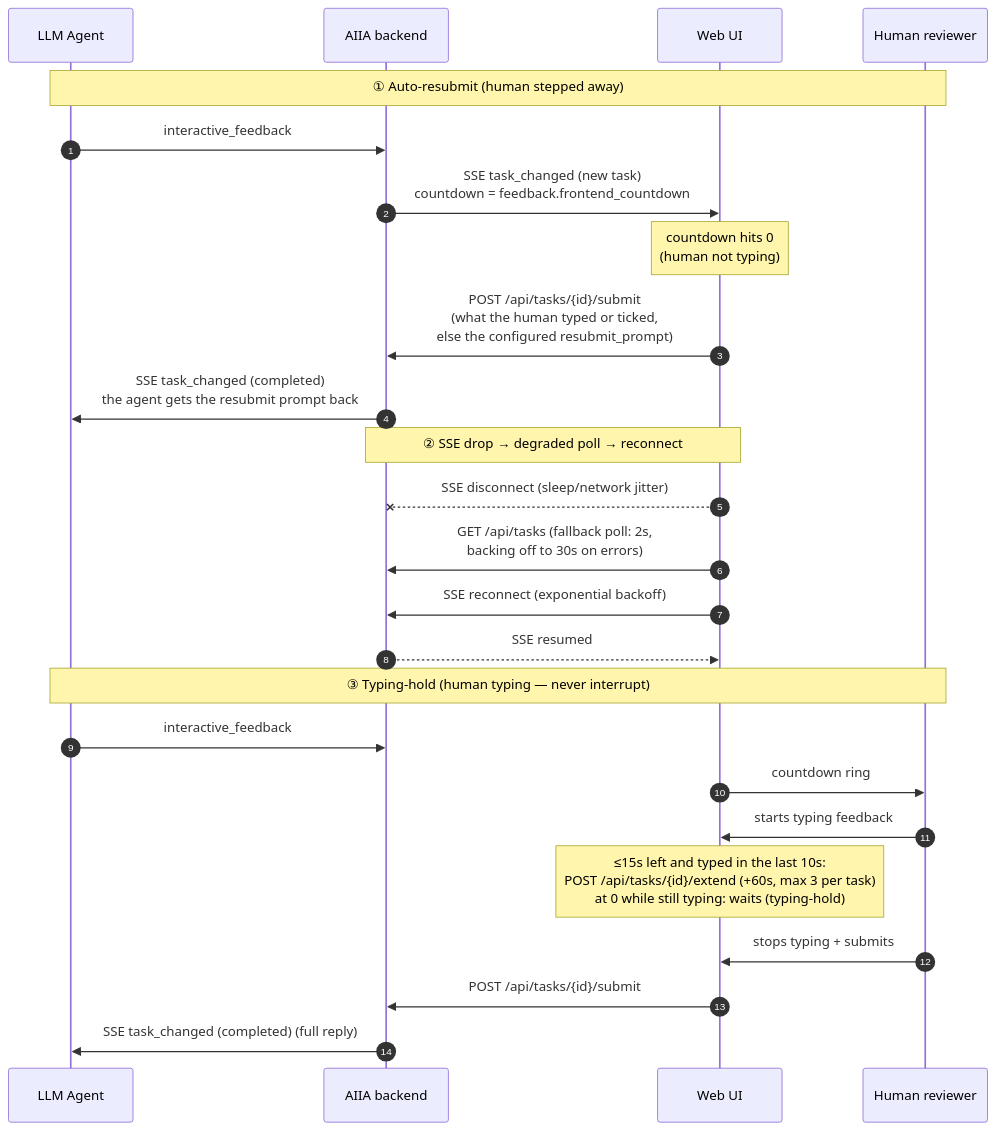
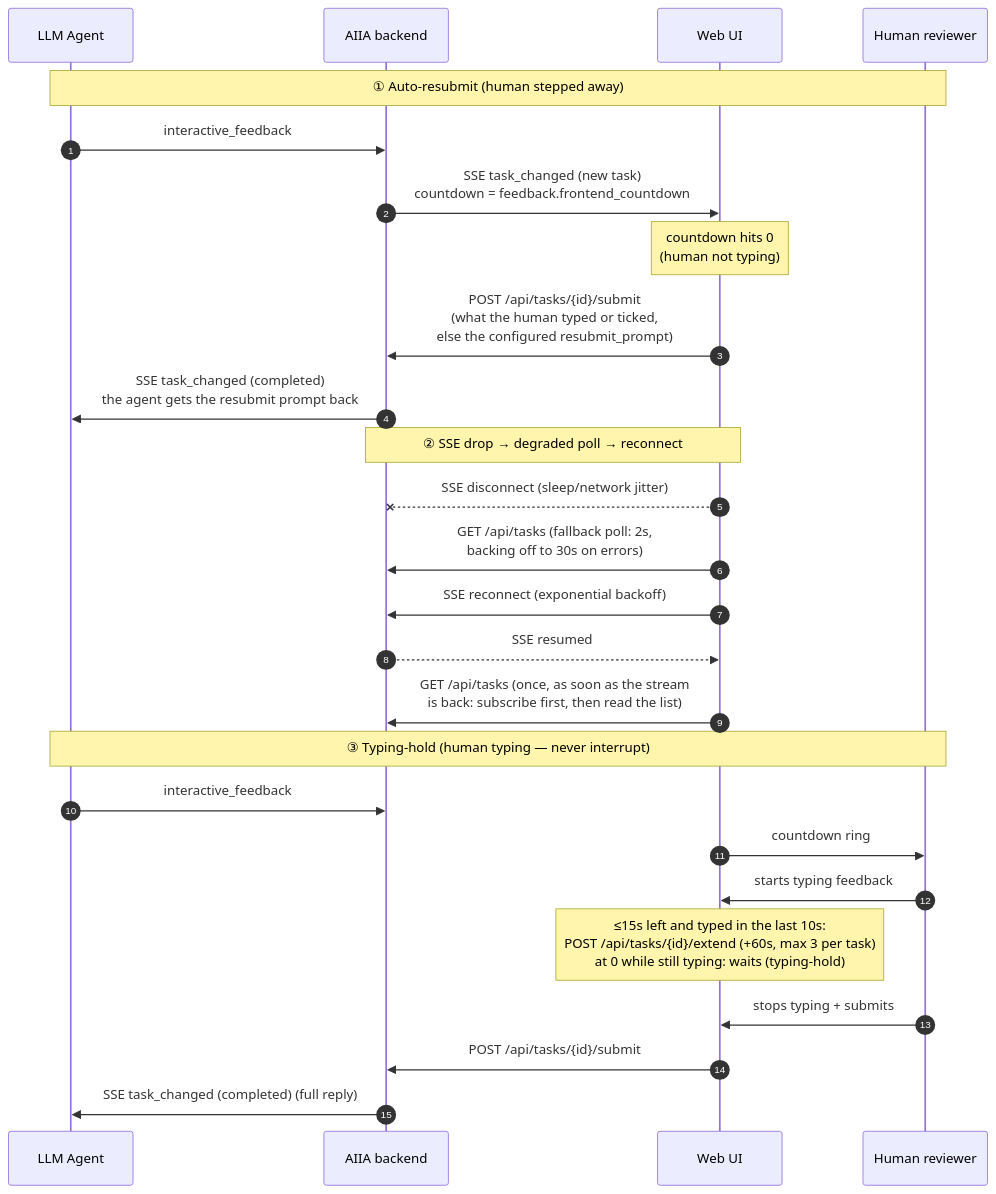
Before and after one commit to XIADENGMA/ai-intervention-agent: the third of 3 diagrams in docs/architecture.md, drawn with Mermaid. The commit also changed 24 other files, not shown here.

First line of the commit message:
:bug: fix(web-ui): task snapshot written in order with frozen countdowns kept, one per Web UI; task list re-read when the event stream opens (R834-R837)

````diff
--- a/docs/architecture.md
+++ b/docs/architecture.md
@@ -106,30 +106,31 @@
 ```mermaid
 sequenceDiagram
     autonumber
     participant Agent as LLM Agent
     participant AIIA as AIIA backend
     participant UI as Web UI
     participant Human as Human reviewer
 
     Note over Agent,Human: ① Auto-resubmit (human stepped away)
     Agent->>AIIA: interactive_feedback
     AIIA->>UI: SSE task_changed (new task)<br/>countdown = feedback.frontend_countdown
     Note over UI: countdown hits 0<br/>(human not typing)
     UI->>AIIA: POST /api/tasks/{id}/submit<br/>(what the human typed or ticked,<br/>else the configured resubmit_prompt)
     AIIA->>Agent: SSE task_changed (completed)<br/>the agent gets the resubmit prompt back
 
     Note over UI,AIIA: ② SSE drop → degraded poll → reconnect
     UI--xAIIA: SSE disconnect (sleep/network jitter)
     UI->>AIIA: GET /api/tasks (fallback poll: 2s,<br/>backing off to 30s on errors)
     UI->>AIIA: SSE reconnect (exponential backoff)
     AIIA-->>UI: SSE resumed
+    UI->>AIIA: GET /api/tasks (once, as soon as the stream<br/>is back: subscribe first, then read the list)
 
     Note over Agent,Human: ③ Typing-hold (human typing — never interrupt)
     Agent->>AIIA: interactive_feedback
     UI->>Human: countdown ring
     Human->>UI: starts typing feedback
     Note over UI: ≤15s left and typed in the last 10s:<br/>POST /api/tasks/{id}/extend (+60s, max 3 per task)<br/>at 0 while still typing: waits (typing-hold)
     Human->>UI: stops typing + submits
     UI->>AIIA: POST /api/tasks/{id}/submit
     AIIA->>Agent: SSE task_changed (completed) (full reply)
 ```
````
